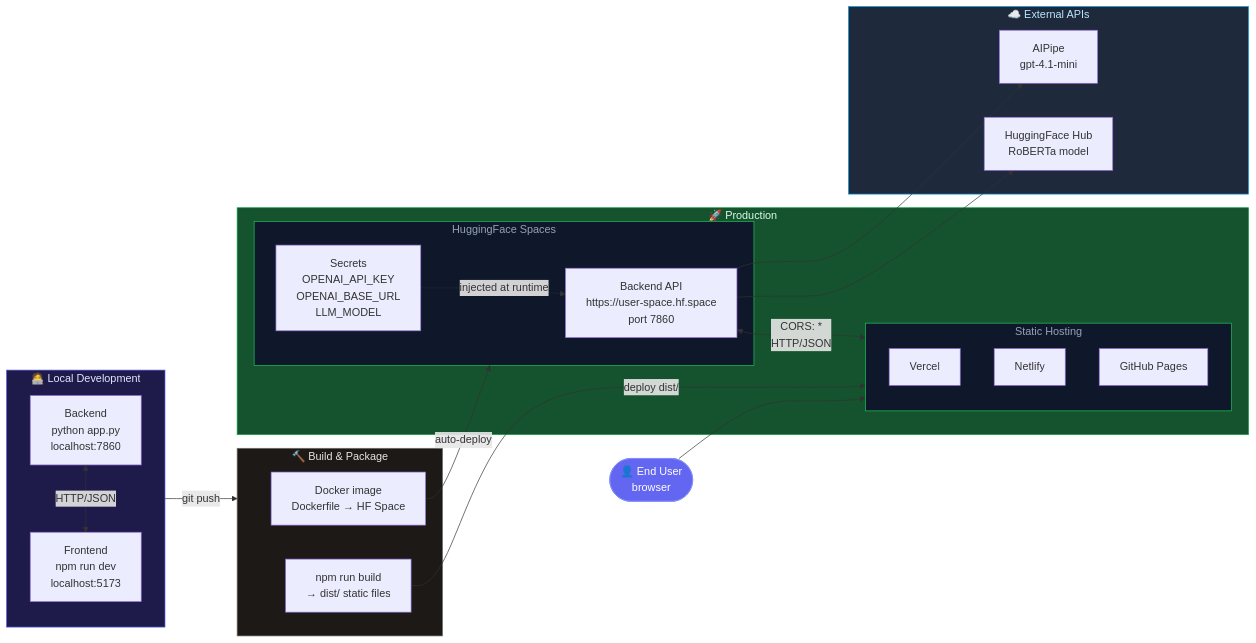
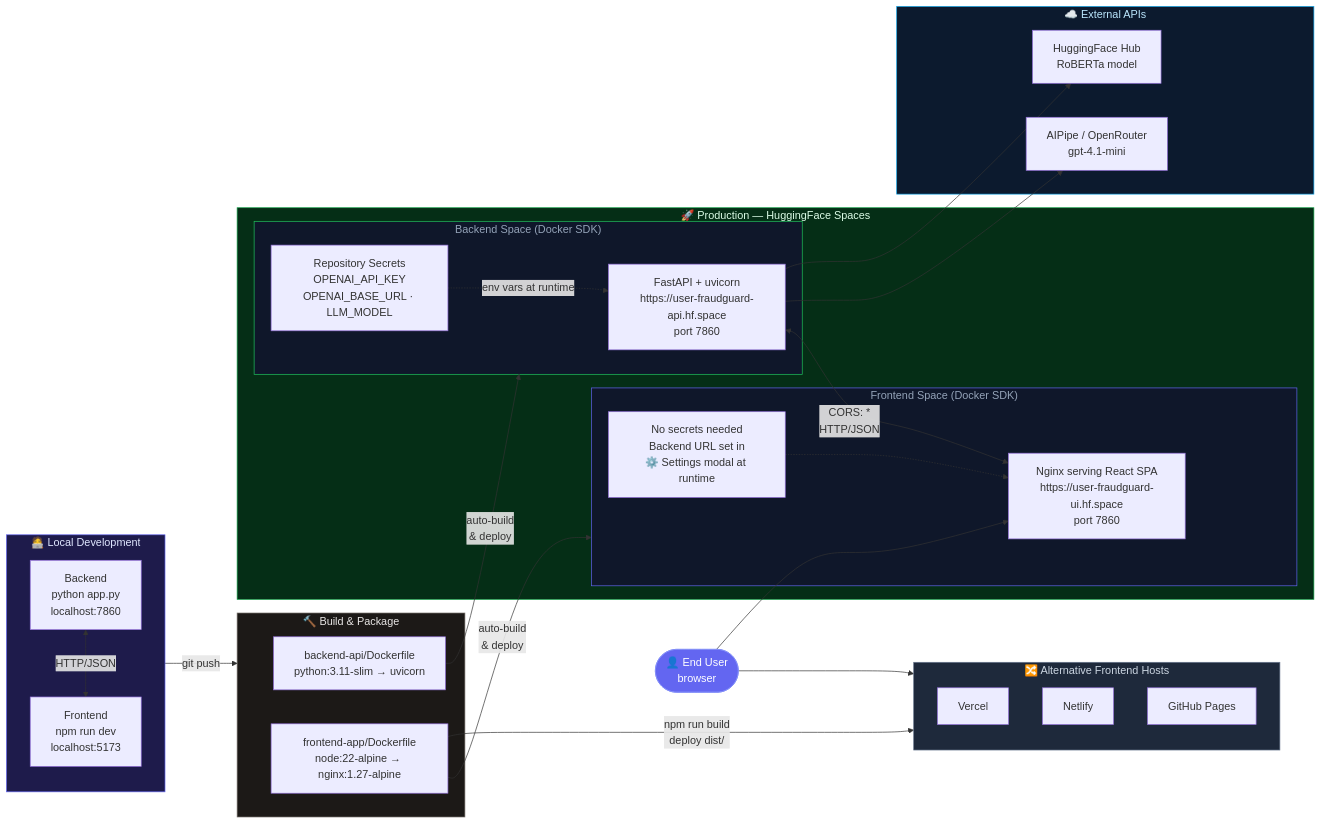
One commit to hrmiitm/Group-9-DS-and-AI-Lab-Project changed the eighth of 8 diagrams in README_Deployment.md. Above: the diagram before and after it, drawn with Mermaid. The commit also changed other lines of this file and 25 other files, not shown here.

````diff
--- a/README_Deployment.md
+++ b/README_Deployment.md
@@ -547,49 +947,59 @@
 ```mermaid
 flowchart LR
     subgraph DEV["🧑‍💻 Local Development"]
         L_BE["Backend\npython app.py\nlocalhost:7860"]
         L_FE["Frontend\nnpm run dev\nlocalhost:5173"]
         L_BE <-- "HTTP/JSON" --> L_FE
     end
 
     subgraph BUILD["🔨 Build & Package"]
-        B_BE["Docker image\nDockerfile → HF Space"]
-        B_FE["npm run build\n→ dist/ static files"]
+        B_BE["backend-api/Dockerfile\npython:3.11-slim → uvicorn"]
+        B_FE["frontend-app/Dockerfile\nnode:22-alpine → nginx:1.27-alpine"]
     end
 
-    subgraph PROD["🚀 Production"]
-        subgraph HF["HuggingFace Spaces"]
-            HF_BE["Backend API\nhttps://user-space.hf.space\nport 7860"]
-            HF_SEC["Secrets\nOPENAI_API_KEY\nOPENAI_BASE_URL\nLLM_MODEL"]
-            HF_SEC -.->|"injected at runtime"| HF_BE
+    subgraph PROD["🚀 Production — HuggingFace Spaces"]
+        subgraph HF_BE_BOX["Backend Space  (Docker SDK)"]
+            HF_BE["FastAPI + uvicorn\nhttps://user-fraudguard-api.hf.space\nport 7860"]
+            HF_SEC["Repository Secrets\nOPENAI_API_KEY\nOPENAI_BASE_URL · LLM_MODEL"]
+            HF_SEC -.->|"env vars at runtime"| HF_BE
         end
-        subgraph CDN["Static Hosting"]
-            VER["Vercel"]
-            NET["Netlify"]
-            GHP["GitHub Pages"]
+        subgraph HF_FE_BOX["Frontend Space  (Docker SDK)"]
+            HF_FE["Nginx serving React SPA\nhttps://user-fraudguard-ui.hf.space\nport 7860"]
+            HF_CFG["No secrets needed\nBackend URL set in\n⚙️ Settings modal at runtime"]
+            HF_CFG -.-> HF_FE
         end
-        HF_BE <-- "CORS: *\nHTTP/JSON" --> CDN
+        HF_BE <-- "CORS: *\nHTTP/JSON" --> HF_FE
+    end
+
+    subgraph ALT["🔀 Alternative Frontend Hosts"]
+        VER["Vercel"]
+        NET["Netlify"]
+        GHP["GitHub Pages"]
     end
 
     subgraph EXT2["☁️ External APIs"]
-        AIPIPE2["AIPipe\ngpt-4.1-mini"]
+        AIPIPE2["AIPipe / OpenRouter\ngpt-4.1-mini"]
         HFH["HuggingFace Hub\nRoBERTa model"]
     end
 
     DEV -->|"git push"| BUILD
-    B_BE -->|"auto-deploy"| HF
-    B_FE -->|"deploy dist/"| CDN
+    B_BE -->|"auto-build\n& deploy"| HF_BE_BOX
+    B_FE -->|"auto-build\n& deploy"| HF_FE_BOX
+    B_FE -->|"npm run build\ndeploy dist/"| ALT
+
     HF_BE --> AIPIPE2
     HF_BE --> HFH
 
     USER(["👤 End User\nbrowser"])
-    USER --> CDN
+    USER --> HF_FE
+    USER --> ALT
 
     style DEV fill:#1e1b4b,stroke:#6366f1,color:#e0e7ff
     style BUILD fill:#1c1917,stroke:#78716c,color:#e7e5e4
-    style PROD fill:#14532d,stroke:#16a34a,color:#dcfce7
-    style EXT2 fill:#1e293b,stroke:#0ea5e9,color:#bae6fd
-    style HF fill:#0f172a,stroke:#22c55e,color:#94a3b8
-    style CDN fill:#0f172a,stroke:#22c55e,color:#94a3b8
+    style PROD fill:#052e16,stroke:#16a34a,color:#dcfce7
+    style ALT fill:#1e293b,stroke:#64748b,color:#cbd5e1
+    style EXT2 fill:#0c1a2e,stroke:#0ea5e9,color:#bae6fd
+    style HF_BE_BOX fill:#0f172a,stroke:#22c55e,color:#94a3b8
+    style HF_FE_BOX fill:#0f172a,stroke:#6366f1,color:#94a3b8
     style USER fill:#6366f1,stroke:#818cf8,color:#fff
 ```
````
